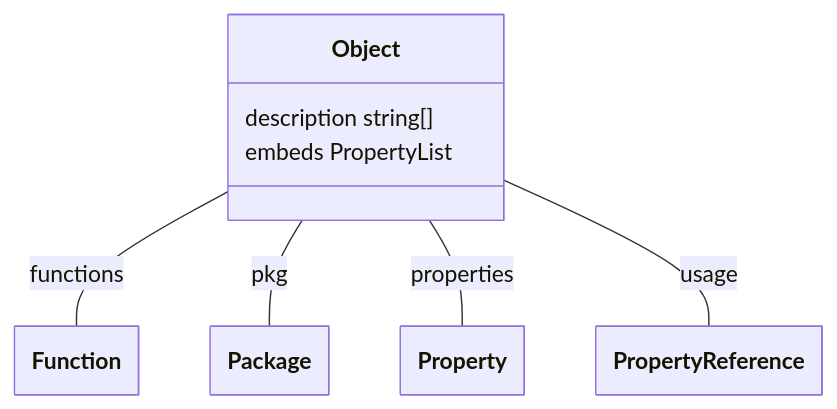
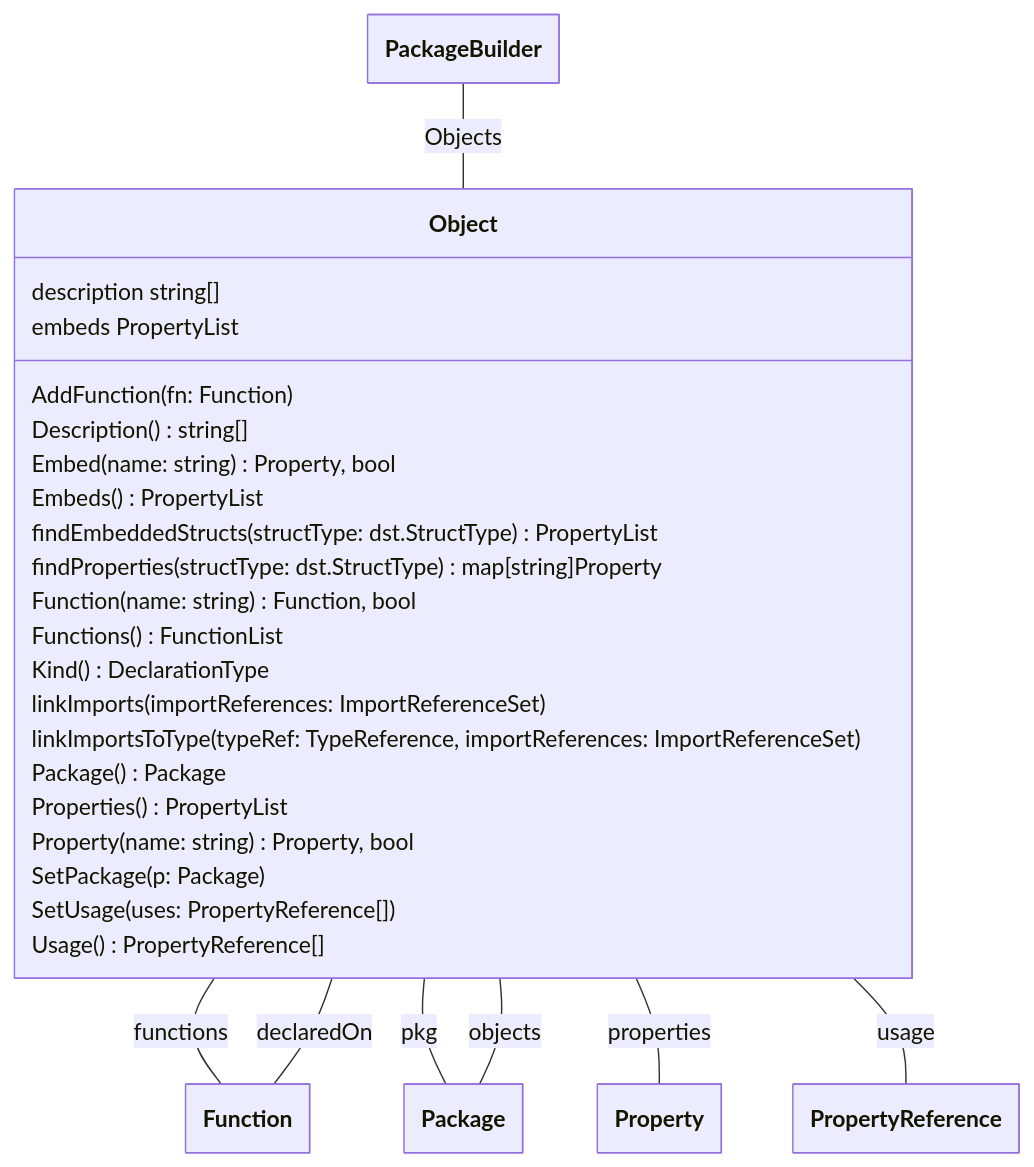
One commit to theunrepentantgeek/crddoc changed the seventh of 17 diagrams in docs/model/model.md. Above: the diagram before and after it, drawn with Mermaid. The commit also changed other lines of this file, not shown here.

````diff
--- a/docs/model/model.md
+++ b/docs/model/model.md
@@ -239,27 +337,50 @@
 ```mermaid
 ---
   config:
     class:
       hideEmptyMembersBox: true
 ---
 classDiagram
 
 class Object["Object"]{  
       description string[]  
-      embeds PropertyList
+      embeds PropertyList  
+      AddFunction(fn: Function)  
+      Description()string[]  
+      Embed(name: string)Property, bool  
+      Embeds()PropertyList  
+      findEmbeddedStructs(structType: dst.StructType)PropertyList  
+      findProperties(structType: dst.StructType)map[string]Property  
+      Function(name: string)Function, bool  
+      Functions()FunctionList  
+      Kind()DeclarationType  
+      linkImports(importReferences: ImportReferenceSet)  
+      linkImportsToType(typeRef: TypeReference, importReferences: ImportReferenceSet)  
+      Package()Package  
+      Properties()PropertyList  
+      Property(name: string)Property, bool  
+      SetPackage(p: Package)  
+      SetUsage(uses: PropertyReference[])  
+      Usage()PropertyReference[]
 
 
 } 
 
+Function -- Object : declaredOn 
+Package -- Object : objects 
+PackageBuilder -- Object : Objects 
 
 Object -- Function : functions 
 Object -- Package : pkg 
 Object -- Property : properties 
 Object -- PropertyReference : usage 
 
 class Function["Function"]
 class Package["Package"]
+class PackageBuilder["PackageBuilder"]
+class Function["Function"]
+class Package["Package"]
 class Property["Property"]
 class PropertyReference["PropertyReference"]
 
 ```
````
